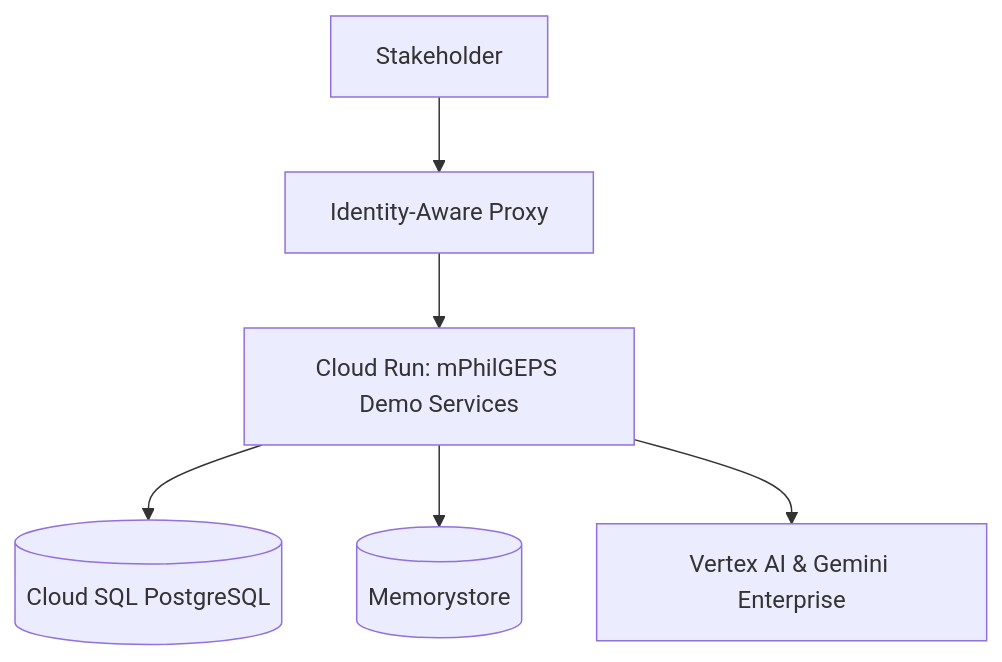
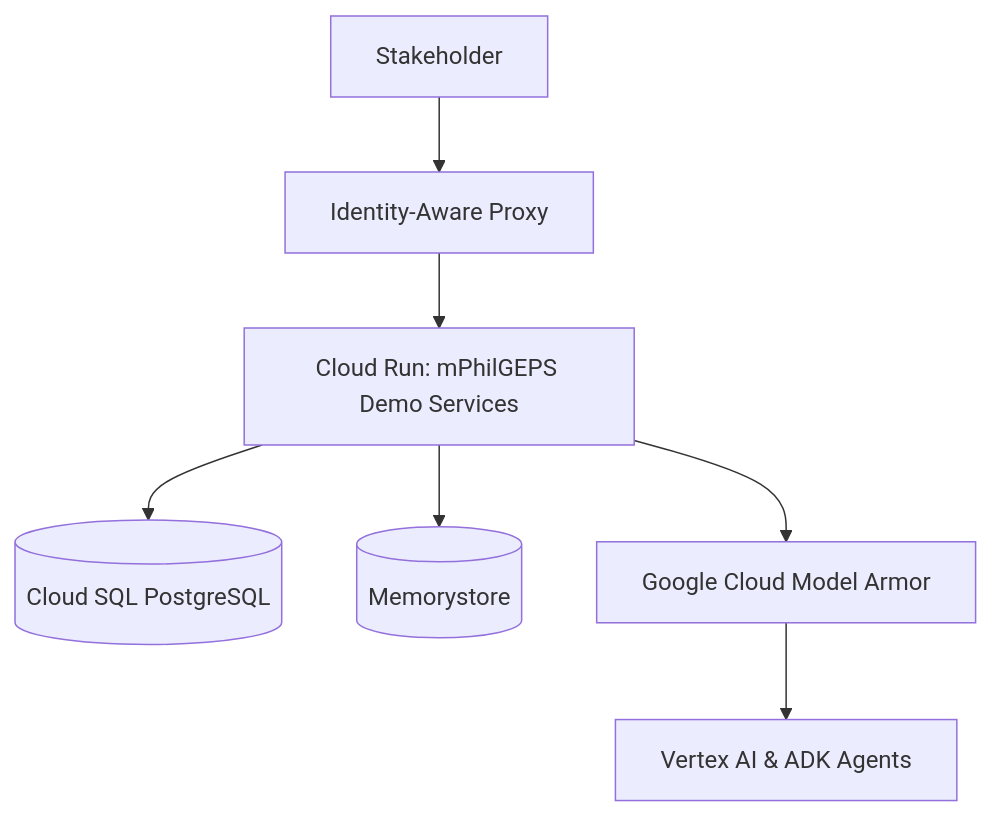
The second of 3 diagrams in mPhilGEPS_GoogleCloud_TDD.md (markea/psdbm-philgeps-2026), drawn with Mermaid before and after one commit. The commit also changed other lines of this file, not shown here.

Commit message:
[Owl] Harden TDD: Model Armor, Evals, CI/CD, and COA Audit Trails

````diff
--- a/mPhilGEPS_GoogleCloud_TDD.md
+++ b/mPhilGEPS_GoogleCloud_TDD.md
@@ -60,8 +61,9 @@
 ```mermaid
 graph TD
     DemoUser[Stakeholder] --> IAP[Identity-Aware Proxy]
     IAP --> CloudRun[Cloud Run: mPhilGEPS Demo Services]
     CloudRun --> CloudSQL[(Cloud SQL PostgreSQL)]
     CloudRun --> Memorystore[(Memorystore)]
-    CloudRun --> AI[Vertex AI & Gemini Enterprise]
+    CloudRun --> ModelArmor[Google Cloud Model Armor]
+    ModelArmor --> AI[Vertex AI & ADK Agents]
 ```
````
